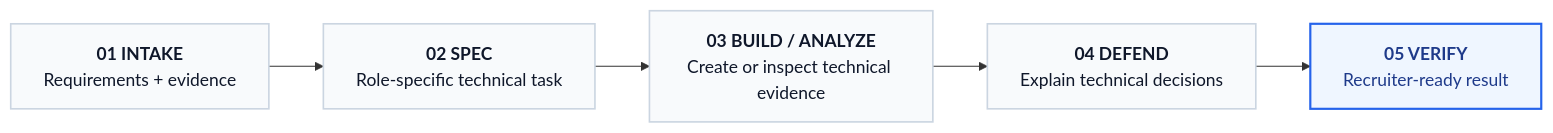
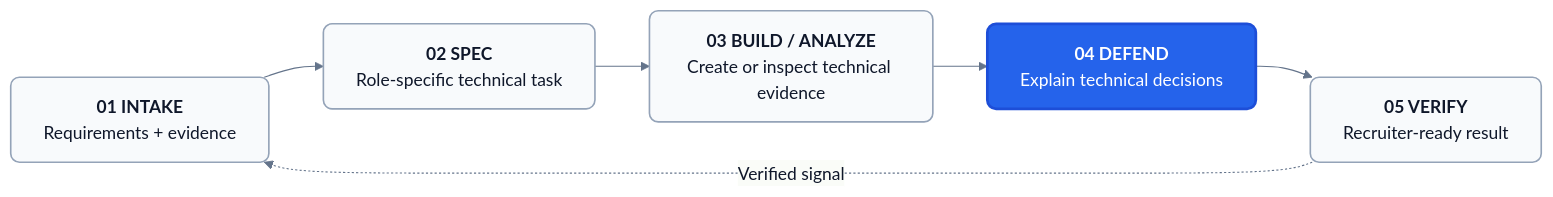
Before and after one commit to qaxxam-dev/talent-forge-demo: the second of 2 diagrams in README.md, drawn with Mermaid. The commit also changed other lines of this file, not shown here.

Commit message:
redesigned diagrams in README.md file

````diff
--- a/README.md
+++ b/README.md
@@ -53,16 +57,15 @@
 ```mermaid
+%%{init: {'theme': 'base', 'themeVariables': {'primaryColor': '#f8fafc', 'primaryBorderColor': '#94a3b8', 'primaryTextColor': '#0f172a', 'lineColor': '#64748b', 'fontFamily': 'Inter, ui-sans-serif, system-ui, sans-serif'}, 'flowchart': {'curve': 'basis'}}}%%
 flowchart LR
-    S1["<b>01 INTAKE</b><br/>Requirements + evidence"]
-    S2["<b>02 SPEC</b><br/>Role-specific technical task"]
-    S3["<b>03 BUILD / ANALYZE</b><br/>Create or inspect technical evidence"]
-    S4["<b>04 DEFEND</b><br/>Explain technical decisions"]
-    S5["<b>05 VERIFY</b><br/>Recruiter-ready result"]
+    classDef neutral fill:#f8fafc,stroke:#94a3b8,stroke-width:1.5px,color:#0f172a,rx:8,ry:8
+    classDef accent fill:#2563eb,stroke:#1d4ed8,stroke-width:2.5px,color:#ffffff,rx:8,ry:8
+
+    S1["<b>01 INTAKE</b><br/>Requirements + evidence"]:::neutral
+    S2["<b>02 SPEC</b><br/>Role-specific technical task"]:::neutral
+    S3["<b>03 BUILD / ANALYZE</b><br/>Create or inspect technical evidence"]:::neutral
+    S4["<b>04 DEFEND</b><br/>Explain technical decisions"]:::accent
+    S5["<b>05 VERIFY</b><br/>Recruiter-ready result"]:::neutral
 
     S1 --> S2 --> S3 --> S4 --> S5
-
-    style S1 fill:#f8fafc,stroke:#cbd5e1,stroke-width:1.5px,color:#0f172a
-    style S2 fill:#f8fafc,stroke:#cbd5e1,stroke-width:1.5px,color:#0f172a
-    style S3 fill:#f8fafc,stroke:#cbd5e1,stroke-width:1.5px,color:#0f172a
-    style S4 fill:#f8fafc,stroke:#cbd5e1,stroke-width:1.5px,color:#0f172a
-    style S5 fill:#eff6ff,stroke:#2563eb,stroke-width:2px,color:#1e3a8a
+    S5 -.->|"Verified signal"| S1
 ```
````
